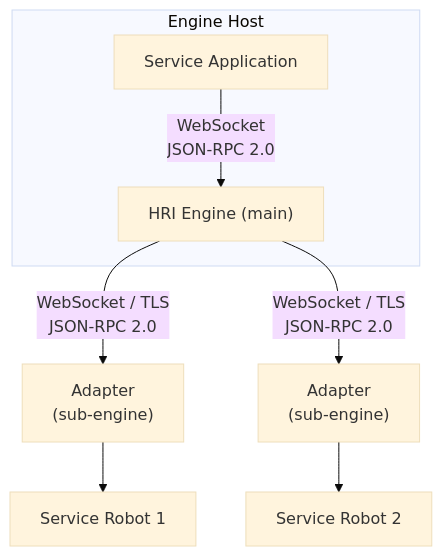
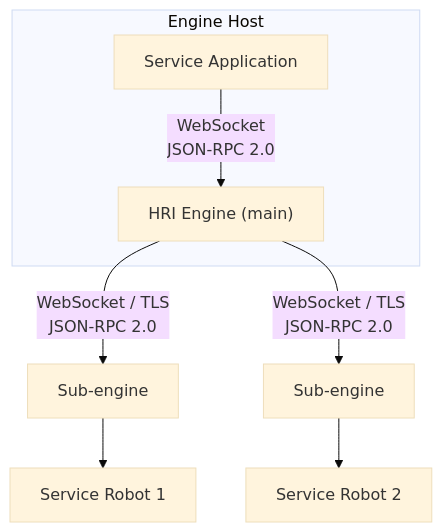
The second of 4 diagrams in docs/White Paper/deployment-topologies.md (openrois/openrois-docs), drawn with Mermaid (base theme) before and after one commit. The commit also changed other lines of this file and 12 other files, not shown here.

First line of the commit message:
docs: update Docusaurus split pages with sub-engine terminology

````diff
--- a/docs/White Paper/deployment-topologies.md
+++ b/docs/White Paper/deployment-topologies.md
@@ -42,14 +42,14 @@
 ```mermaid
 flowchart TB
     subgraph EngineHost["Engine Host"]
         App["Service Application"]
         GW["HRI Engine (main)"]
         App -->|"WebSocket<br/>JSON-RPC 2.0"| GW
     end
 
-    GW -->|"WebSocket / TLS<br/>JSON-RPC 2.0"| Adapter1["Adapter<br/>(sub-engine)"]
-    Adapter1 --> Robot1["Service Robot 1"]
+    GW -->|"WebSocket / TLS<br/>JSON-RPC 2.0"| SubEngine1["Sub-engine"]
+    SubEngine1 --> Robot1["Service Robot 1"]
 
-    GW -->|"WebSocket / TLS<br/>JSON-RPC 2.0"| Adapter2["Adapter<br/>(sub-engine)"]
-    Adapter2 --> Robot2["Service Robot 2"]
+    GW -->|"WebSocket / TLS<br/>JSON-RPC 2.0"| SubEngine2["Sub-engine"]
+    SubEngine2 --> Robot2["Service Robot 2"]
 ```
````
